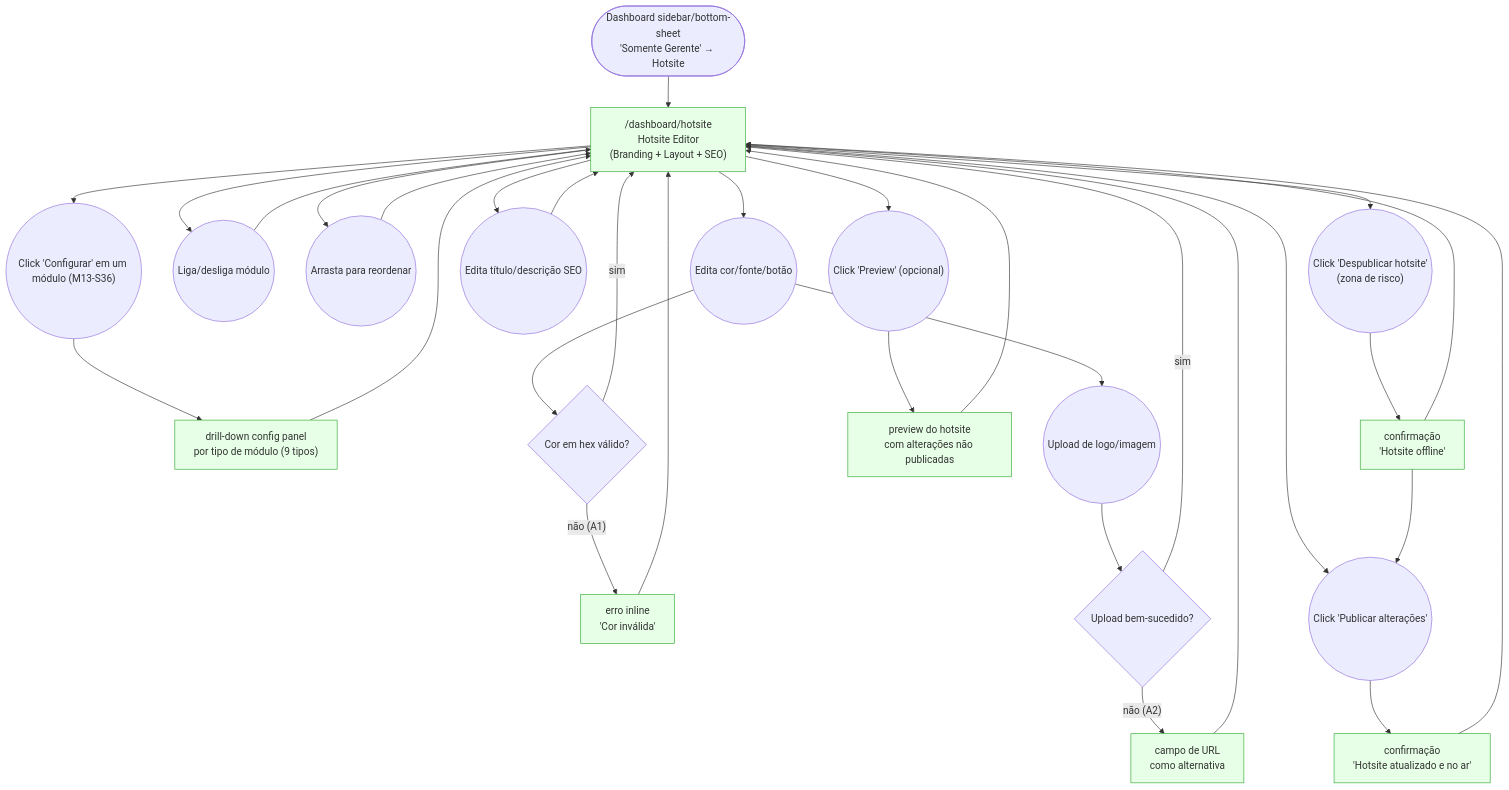
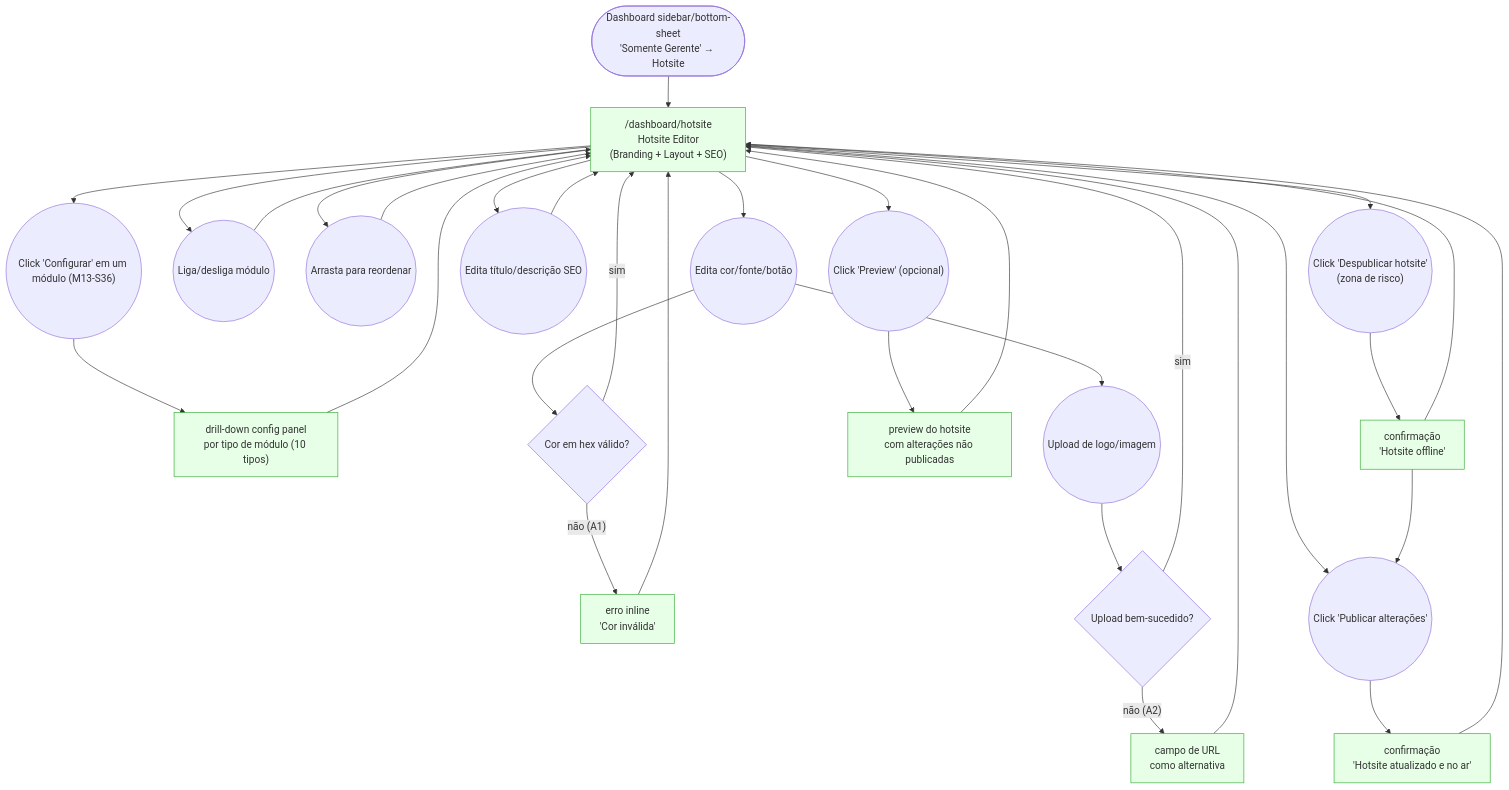
The diagram in plan/journey/manager/hotsite.md (lmmoreira/ikaro), drawn with Mermaid before and after one commit. The commit also changed other lines of this file and 135 other files, not shown here.

````diff
--- a/plan/journey/manager/hotsite.md
+++ b/plan/journey/manager/hotsite.md
@@ -10,45 +10,45 @@
 ```mermaid
 flowchart TD
     classDef existing fill:#e6ffe6,stroke:#3a3
     classDef gap stroke:#f00,stroke-dasharray: 5 5,fill:#fee
 
     Start(["Dashboard sidebar/bottom-sheet<br/>'Somente Gerente' → Hotsite"]) --> Editor["/dashboard/hotsite<br/>Hotsite Editor<br/>(Branding + Layout + SEO)"]
 
     Editor --> EditBranding(("Edita cor/fonte/botão"))
     Editor --> ToggleModule(("Liga/desliga módulo"))
     Editor --> ReorderModule(("Arrasta para reordenar"))
     Editor --> ConfigModule(("Click 'Configurar' em um módulo (M13-S36)"))
-    ConfigModule --> ModuleConfigPanel["drill-down config panel<br/>por tipo de módulo (9 tipos)"]
+    ConfigModule --> ModuleConfigPanel["drill-down config panel<br/>por tipo de módulo (10 tipos)"]
     ModuleConfigPanel --> Editor
     Editor --> EditSeo(("Edita título/descrição SEO"))
 
     EditBranding --> ColorValid{"Cor em hex válido?"}
     ColorValid -- "não (A1)" --> ColorError["erro inline<br/>'Cor inválida'"]
     ColorError --> Editor
     ColorValid -- "sim" --> Editor
 
     EditBranding --> ImageUpload(("Upload de logo/imagem"))
     ImageUpload --> UploadOk{"Upload bem-sucedido?"}
     UploadOk -- "não (A2)" --> UrlFallback["campo de URL<br/>como alternativa"]
     UrlFallback --> Editor
     UploadOk -- "sim" --> Editor
 
     ToggleModule --> Editor
     ReorderModule --> Editor
     EditSeo --> Editor
 
     Editor --> PreviewBtn(("Click 'Preview' (opcional)"))
     PreviewBtn --> PreviewPane["preview do hotsite<br/>com alterações não publicadas"]
     PreviewPane --> Editor
 
     Editor --> PublishBtn(("Click 'Publicar alterações'"))
     PublishBtn --> PublishSuccess["confirmação<br/>'Hotsite atualizado e no ar'"]
     PublishSuccess --> Editor
 
     Editor --> UnpublishBtn(("Click 'Despublicar hotsite'<br/>(zona de risco)"))
     UnpublishBtn --> UnpublishSuccess["confirmação<br/>'Hotsite offline'"]
     UnpublishSuccess --> PublishBtn
     UnpublishSuccess --> Editor
 
     class Editor,ColorError,UrlFallback,PreviewPane,PublishSuccess,UnpublishSuccess,ModuleConfigPanel existing
 ```
````
